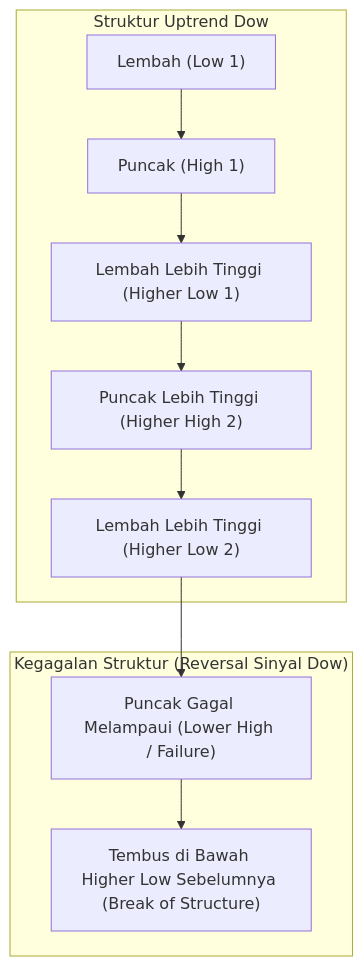
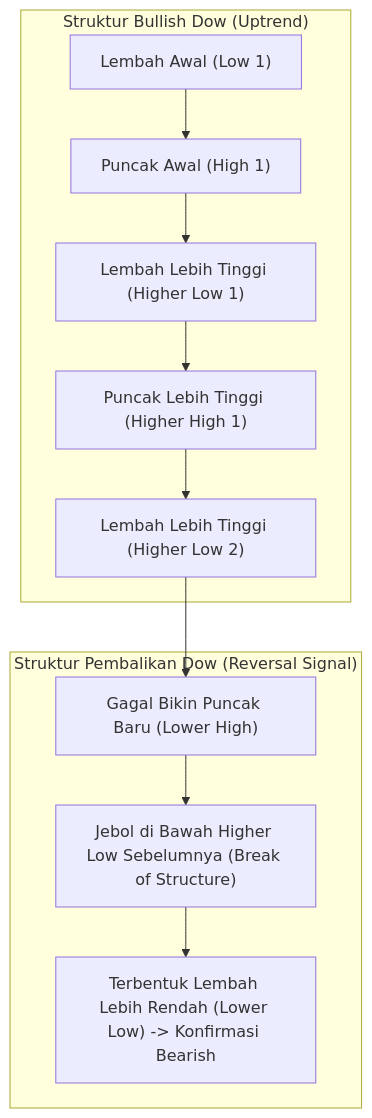
The fifth of 5 diagrams in docs/edianto-ong/17-konfrontasi-dow-theory.md (AlulCode45/Trading-Learning-Path), drawn with Mermaid before and after one commit. The commit also changed other lines of this file and 29 other files, not shown here.

Commit message:
docs(edianto-ong): upgrade all 29 chapters with beginner analogies, diagrams, step-by-step guides, and case studies

````diff
--- a/docs/edianto-ong/17-konfrontasi-dow-theory.md
+++ b/docs/edianto-ong/17-konfrontasi-dow-theory.md
@@ -121,14 +133,15 @@
 ```mermaid
 graph TD
-    subgraph BullishStructure["Struktur Uptrend Dow"]
-        P1["Lembah (Low 1)"] --> P2["Puncak (High 1)"]
-        P2 --> P3["Lembah Lebih Tinggi (Higher Low 1)"]
-        P3 --> P4["Puncak Lebih Tinggi (Higher High 2)"]
-        P4 --> P5["Lembah Lebih Tinggi (Higher Low 2)"]
+    subgraph BullishDow["Struktur Bullish Dow (Uptrend)"]
+        L1["Lembah Awal (Low 1)"] --> H1["Puncak Awal (High 1)"]
+        H1 --> HL1["Lembah Lebih Tinggi (Higher Low 1)"]
+        HL1 --> HH1["Puncak Lebih Tinggi (Higher High 1)"]
+        HH1 --> HL2["Lembah Lebih Tinggi (Higher Low 2)"]
     end
 
-    subgraph FailureStructure["Kegagalan Struktur (Reversal Sinyal Dow)"]
-        P5 --> P6["Puncak Gagal Melampaui (Lower High / Failure)"]
-        P6 --> P7["Tembus di Bawah Higher Low Sebelumnya (Break of Structure)"]
+    subgraph ReversalDow["Struktur Pembalikan Dow (Reversal Signal)"]
+        HL2 --> LH["Gagal Bikin Puncak Baru (Lower High)"]
+        LH --> BOS["Jebol di Bawah Higher Low Sebelumnya (Break of Structure)"]
+        BOS --> LL["Terbentuk Lembah Lebih Rendah (Lower Low) -> Konfirmasi Bearish"]
     end
 ```
````
